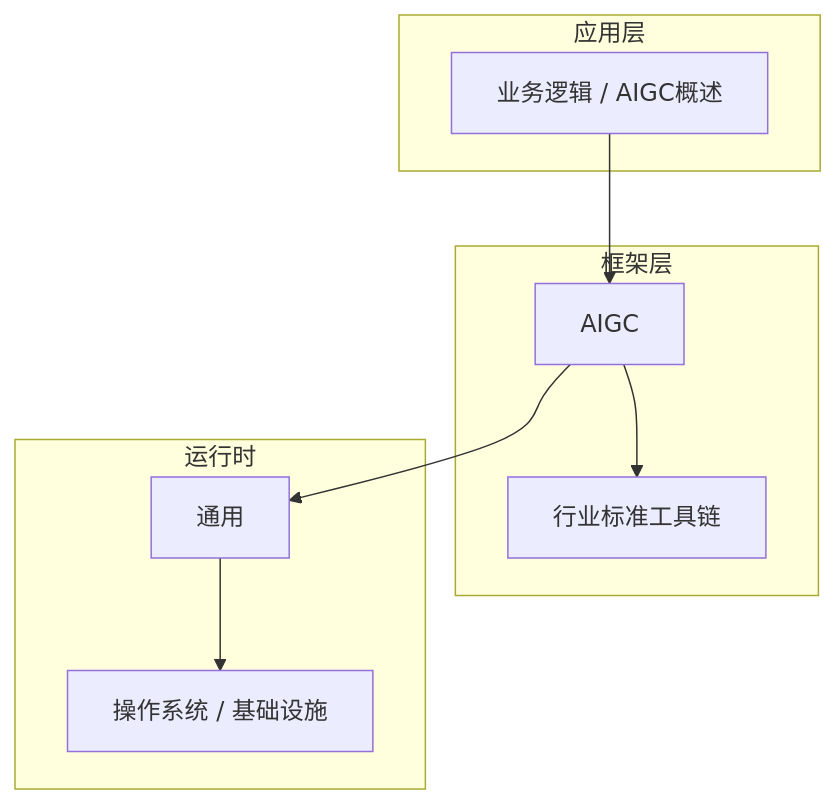
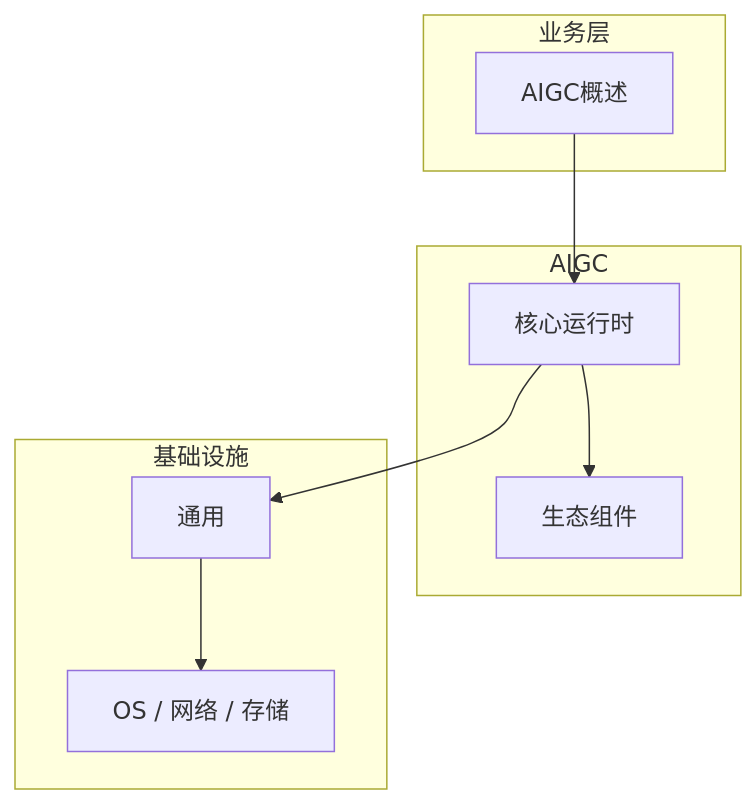
Before and after one commit to yanggan2015/knowledge-json-v2: the diagram in articles/AIGC/chapters/001-AIGC概述核心概念与原理.md, drawn with Mermaid. The commit also changed other lines of this file and 10127 other files, not shown here.

````diff
--- a/articles/AIGC/chapters/001-AIGC概述核心概念与原理.md
+++ b/articles/AIGC/chapters/001-AIGC概述核心概念与原理.md
@@ -45,18 +30,18 @@
 ```mermaid
 graph TB
-    subgraph 应用层
-        A[业务逻辑 / AIGC概述]
+    subgraph 业务层
+        A[AIGC概述]
     end
-    subgraph 框架层
-        B[AIGC]
-        C[行业标准工具链]
+    subgraph AIGC
+        B[核心运行时]
+        C[生态组件]
     end
-    subgraph 运行时
+    subgraph 基础设施
         D[通用]
-        E[操作系统 / 基础设施]
+        E[OS / 网络 / 存储]
     end
     A --> B
     B --> C
     B --> D
     D --> E
 ```
````
